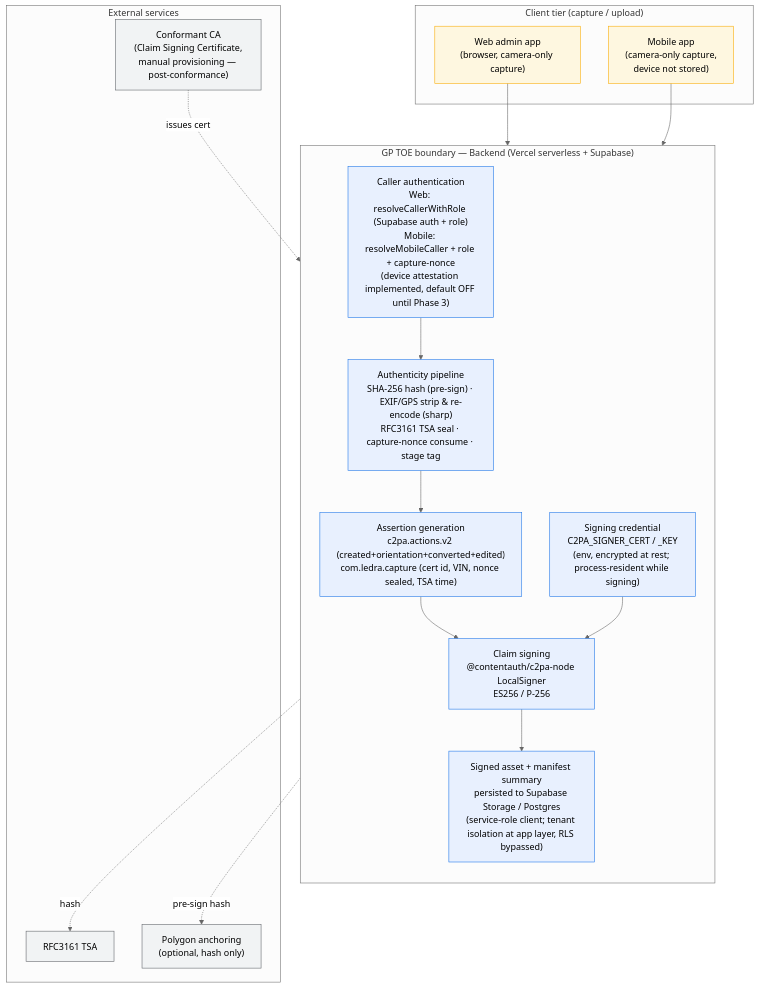
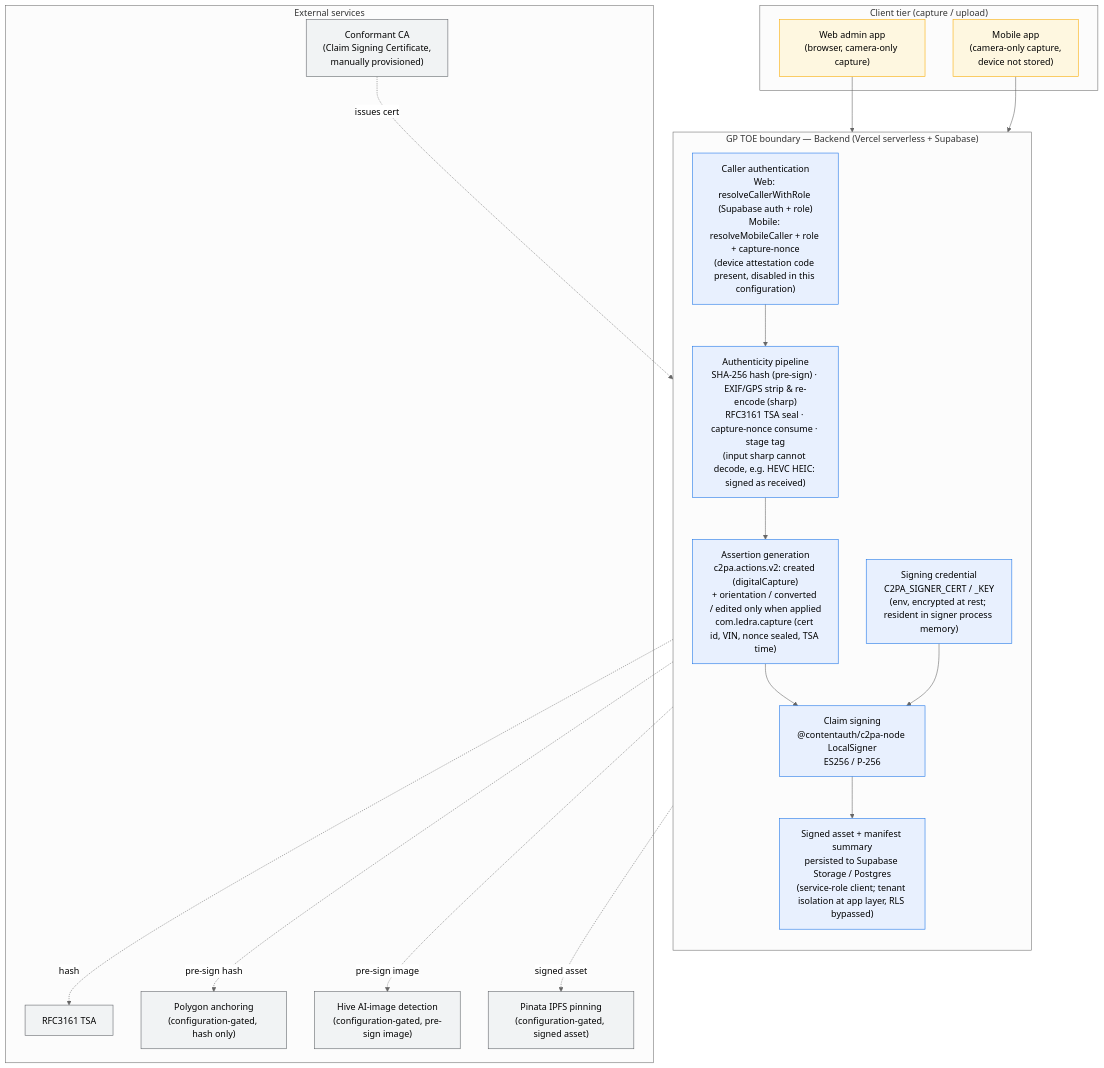
The diagram in docs/diagrams/c2pa-gp-toe.mmd (holy-auto/Ledra), drawn with Mermaid (neutral theme) before and after one commit. The commit also changed 20 other files, not shown here.

First line of the commit message:
fix(c2pa): 行為台帳が回転と WebP のメタデータ除去を記録していなかった件を修正し、Conformance 証拠一式を再作成

```diff
--- a/docs/diagrams/c2pa-gp-toe.mmd
+++ b/docs/diagrams/c2pa-gp-toe.mmd
@@ -1,40 +1,44 @@
 %% Ledra Generator Product — Target of Evaluation (TOE), Backend class, Assurance Level 1
 %% TOE boundary: from asset capture/upload through claim signing to persistence of the signed asset.
 flowchart TB
     subgraph CLIENT["Client tier (capture / upload)"]
         WEB["Web admin app<br/>(browser, camera-only capture)"]
         MOB["Mobile app<br/>(camera-only capture,<br/>device not stored)"]
     end
 
     subgraph TOE["GP TOE boundary — Backend (Vercel serverless + Supabase)"]
         direction TB
-        AUTH["Caller authentication<br/>Web: resolveCallerWithRole (Supabase auth + role)<br/>Mobile: resolveMobileCaller + role + capture-nonce<br/>(device attestation implemented, default OFF until Phase 3)"]
-        PIPE["Authenticity pipeline<br/>SHA-256 hash (pre-sign) · EXIF/GPS strip &amp; re-encode (sharp)<br/>RFC3161 TSA seal · capture-nonce consume · stage tag"]
-        ASSERT["Assertion generation<br/>c2pa.actions.v2 (created+orientation+converted+edited)<br/>com.ledra.capture (cert id, VIN, nonce sealed, TSA time)"]
+        AUTH["Caller authentication<br/>Web: resolveCallerWithRole (Supabase auth + role)<br/>Mobile: resolveMobileCaller + role + capture-nonce<br/>(device attestation code present, disabled in this configuration)"]
+        PIPE["Authenticity pipeline<br/>SHA-256 hash (pre-sign) · EXIF/GPS strip &amp; re-encode (sharp)<br/>RFC3161 TSA seal · capture-nonce consume · stage tag<br/>(input sharp cannot decode, e.g. HEVC HEIC: signed as received)"]
+        ASSERT["Assertion generation<br/>c2pa.actions.v2: created (digitalCapture)<br/>+ orientation / converted / edited only when applied<br/>com.ledra.capture (cert id, VIN, nonce sealed, TSA time)"]
         SIGN["Claim signing<br/>@contentauth/c2pa-node LocalSigner<br/>ES256 / P-256"]
-        KEY["Signing credential<br/>C2PA_SIGNER_CERT / _KEY<br/>(env, encrypted at rest; process-resident while signing)"]
+        KEY["Signing credential<br/>C2PA_SIGNER_CERT / _KEY<br/>(env, encrypted at rest; resident in signer process memory)"]
         STORE["Signed asset + manifest summary<br/>persisted to Supabase Storage / Postgres<br/>(service-role client; tenant isolation at app layer, RLS bypassed)"]
     end
 
     subgraph EXT["External services"]
-        CA["Conformant CA<br/>(Claim Signing Certificate,<br/>manual provisioning — post-conformance)"]
+        CA["Conformant CA<br/>(Claim Signing Certificate,<br/>manually provisioned)"]
         TSA["RFC3161 TSA"]
-        CHAIN["Polygon anchoring<br/>(optional, hash only)"]
+        CHAIN["Polygon anchoring<br/>(configuration-gated, hash only)"]
+        HIVE["Hive AI-image detection<br/>(configuration-gated, pre-sign image)"]
+        IPFS["Pinata IPFS pinning<br/>(configuration-gated, signed asset)"]
     end
 
     WEB --> AUTH
     MOB --> AUTH
     AUTH --> PIPE --> ASSERT --> SIGN --> STORE
     KEY --> SIGN
     CA -. issues cert .-> KEY
     PIPE -. hash .-> TSA
     %% Polygon anchors the PRE-SIGN pipeline hash (SHA-256 of the stripped buffer),
     %% not the stored signed bytes — embedding the manifest changes the bytes.
     PIPE -. pre-sign hash .-> CHAIN
+    PIPE -. pre-sign image .-> HIVE
+    SIGN -. signed asset .-> IPFS
 
     classDef toe fill:#e8f0fe,stroke:#1a73e8,stroke-width:1px;
     classDef ext fill:#f1f3f4,stroke:#5f6368,stroke-width:1px;
     classDef cli fill:#fef7e0,stroke:#f9ab00,stroke-width:1px;
     class AUTH,PIPE,ASSERT,SIGN,KEY,STORE toe;
-    class CA,TSA,CHAIN ext;
+    class CA,TSA,CHAIN,HIVE,IPFS ext;
     class WEB,MOB cli;
```
